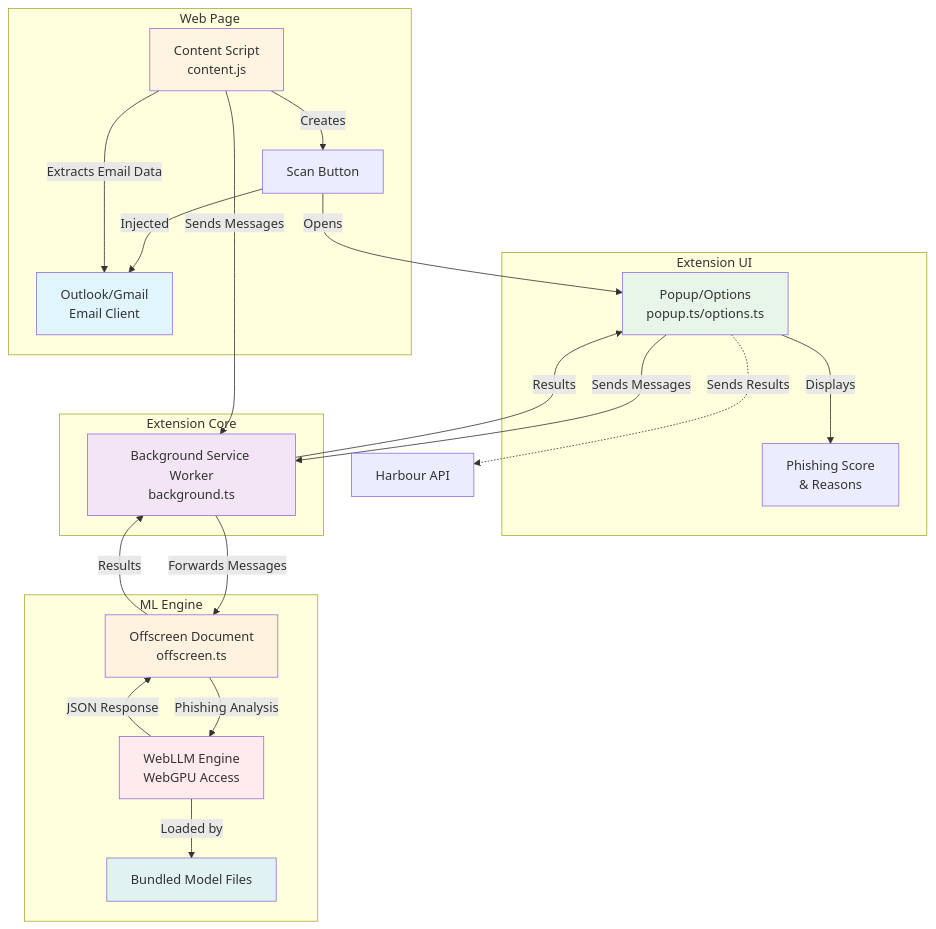
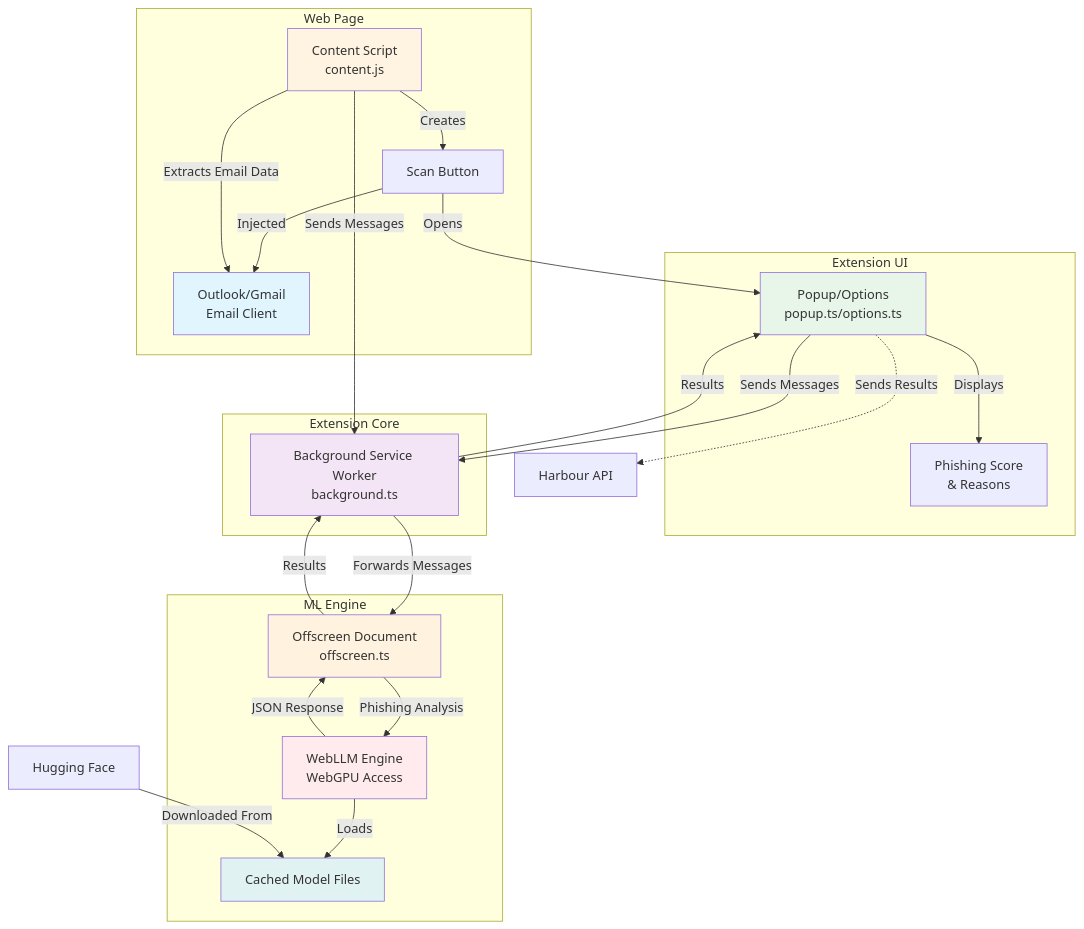
One commit to Harry-Waterman/def-acc-logiq changed the diagram in chrome-extension/README.md. Above: the diagram before and after it, drawn with Mermaid.

````diff
--- a/chrome-extension/README.md
+++ b/chrome-extension/README.md
@@ -7,42 +7,43 @@
 ```mermaid
 flowchart TB
  subgraph subGraph0["Web Page"]
         WP["Outlook/Gmail<br>Email Client"]
         CS["Content Script<br>content.js"]
         BTN["Scan Button"]
   end
  subgraph subGraph1["Extension UI"]
         POP["Popup/Options<br>popup.ts/options.ts"]
         RES["Phishing Score<br>&amp; Reasons"]
   end
  subgraph subGraph2["Extension Core"]
         BG["Background Service Worker<br>background.ts"]
   end
  subgraph subGraph3["ML Engine"]
         OFF["Offscreen Document<br>offscreen.ts"]
         ML["WebLLM Engine<br>WebGPU Access"]
-        MODEL["Bundled Model Files"]
+        MODEL["Cached Model Files"]
   end
     BTN -- Injected --> WP
     CS -- Extracts Email Data --> WP
     CS -- Creates --> BTN
     BTN -- Opens --> POP
     POP -- Displays --> RES
     POP -- Sends Messages --> BG
     CS -- Sends Messages --> BG
-    ML -- Loaded by --> MODEL
+    ML -- Loads --> MODEL
     POP -.Sends Results.-> API["Harbour API"]
     BG -- Forwards Messages --> OFF
     OFF -- Phishing Analysis --> ML
     ML -- JSON Response --> OFF
+    HF["Hugging Face"] -- Downloaded From --> MODEL
     OFF -- Results --> BG
     BG -- Results --> POP
 
     style WP fill:#e1f5ff
     style CS fill:#fff4e1
     style POP fill:#e8f5e9
     style BG fill:#f3e5f5
     style OFF fill:#fff3e0
     style ML fill:#ffebee
     style MODEL fill:#e0f2f1
 ```
````
